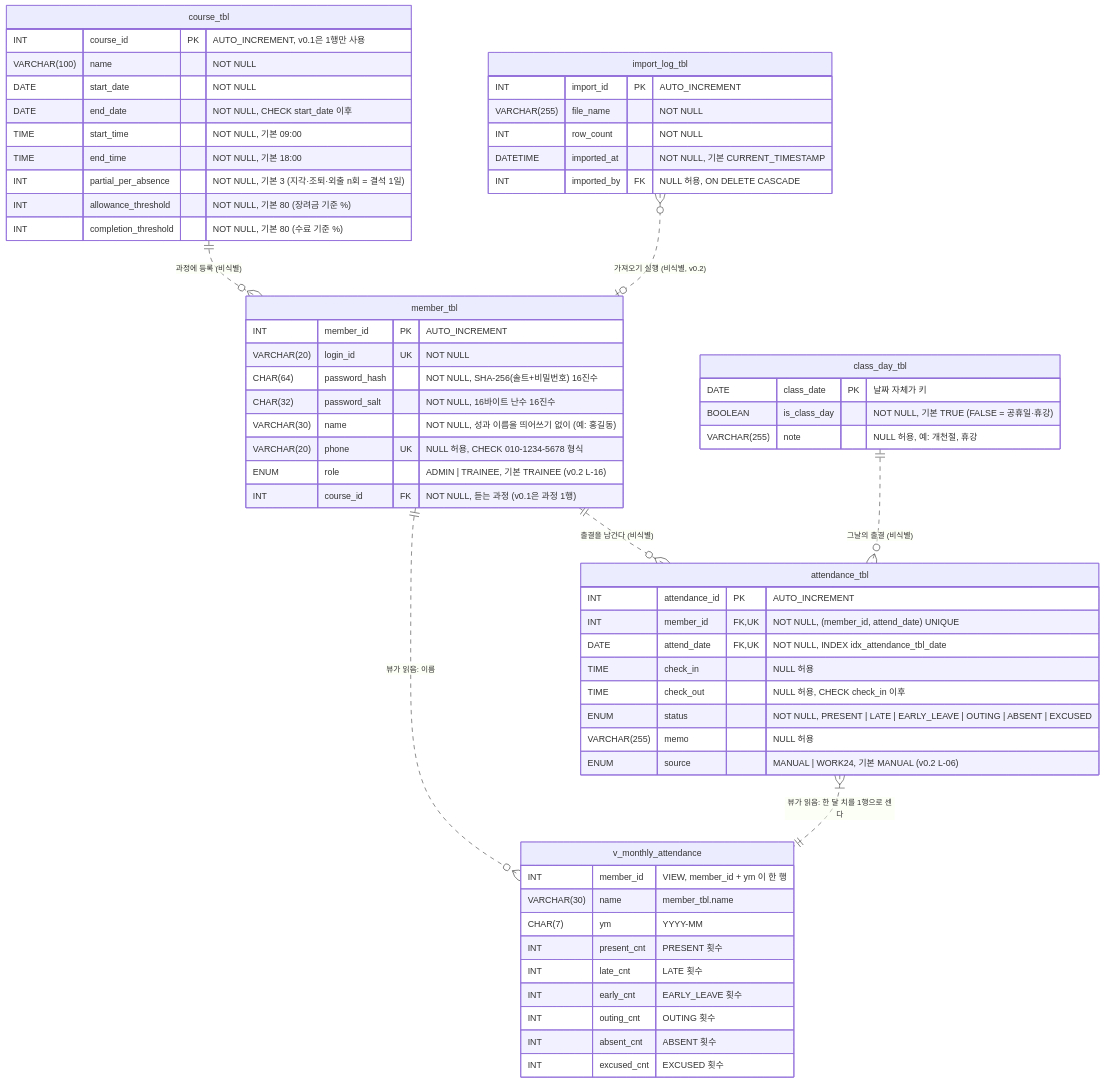
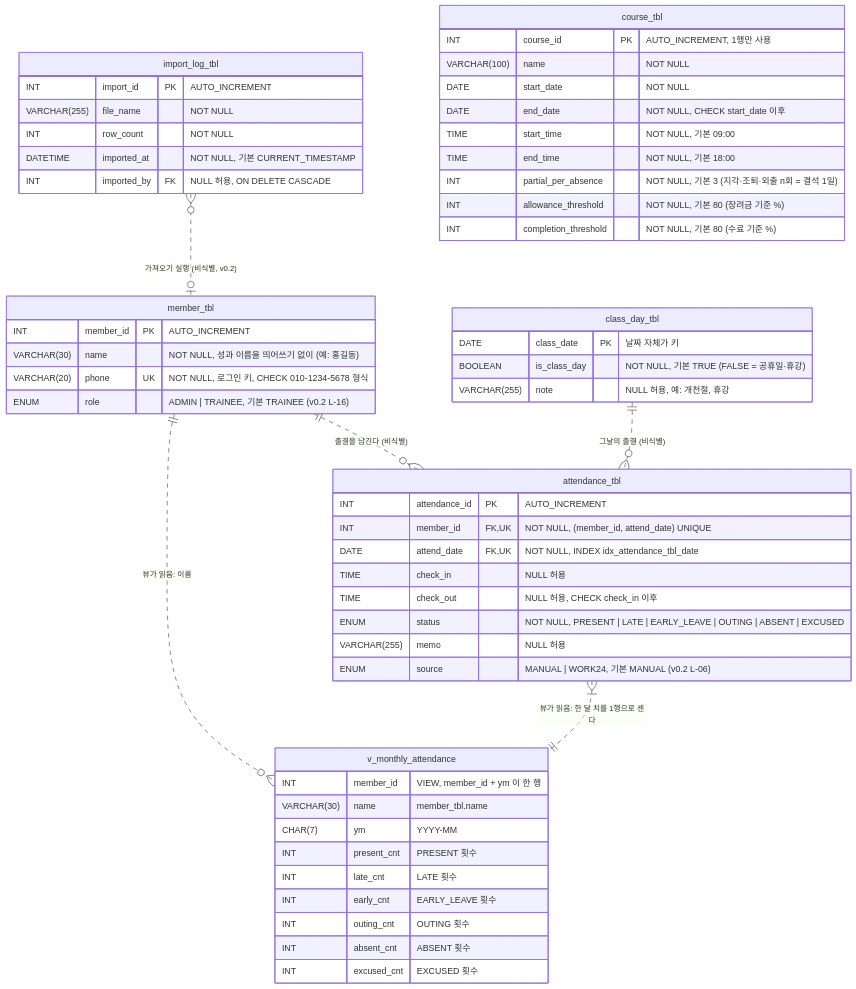
One commit to 20260921-saltlux-llm-agent-service-2nd/3WHY_java-latecatcher changed the first of 3 diagrams in docs/erd.md. Above: the diagram before and after it, drawn with Mermaid. The commit also changed other lines of this file and 4 other files, not shown here.

First line of the commit message:
docs: [문서] ERD 회의 결정과 요구사항 명세 확정 반영

````diff
--- a/docs/erd.md
+++ b/docs/erd.md
@@ -34,74 +26,69 @@
 ```mermaid
 ---
 config:
   er:
     layoutDirection: LR
 ---
 erDiagram
     import_log_tbl }o..o| member_tbl     : "가져오기 실행 (비식별, v0.2)"
-    course_tbl     ||..o{ member_tbl     : "과정에 등록 (비식별)"
     member_tbl     ||..o{ attendance_tbl : "출결을 남긴다 (비식별)"
     class_day_tbl  ||..o{ attendance_tbl : "그날의 출결 (비식별)"
     attendance_tbl }|..|| v_monthly_attendance : "뷰가 읽음: 한 달 치를 1행으로 센다"
     member_tbl     ||..o{ v_monthly_attendance : "뷰가 읽음: 이름"
 
     member_tbl {
-        INT         member_id     PK "AUTO_INCREMENT"
-        VARCHAR(20) login_id      UK "NOT NULL"
-        CHAR(64)    password_hash    "NOT NULL, SHA-256(솔트+비밀번호) 16진수"
-        CHAR(32)    password_salt    "NOT NULL, 16바이트 난수 16진수"
-        VARCHAR(30) name             "NOT NULL, 성과 이름을 띄어쓰기 없이 (예: 홍길동)"
-        VARCHAR(20) phone         UK "NULL 허용, CHECK 010-1234-5678 형식"
-        ENUM        role             "ADMIN | TRAINEE, 기본 TRAINEE (v0.2 L-16)"
-        INT         course_id     FK "NOT NULL, 듣는 과정 (v0.1은 과정 1행)"
+        INT         member_id PK "AUTO_INCREMENT"
+        VARCHAR(30) name         "NOT NULL, 성과 이름을 띄어쓰기 없이 (예: 홍길동)"
+        VARCHAR(20) phone     UK "NOT NULL, 로그인 키, CHECK 010-1234-5678 형식"
+        ENUM        role         "ADMIN | TRAINEE, 기본 TRAINEE (v0.2 L-16)"
     }
 
     course_tbl {
-        INT          course_id            PK "AUTO_INCREMENT, v0.1은 1행만 사용"
+        INT          course_id            PK "AUTO_INCREMENT, 1행만 사용"
         VARCHAR(100) name                    "NOT NULL"
         DATE         start_date              "NOT NULL"
         DATE         end_date                "NOT NULL, CHECK start_date 이후"
         TIME         start_time              "NOT NULL, 기본 09:00"
         TIME         end_time                "NOT NULL, 기본 18:00"
         INT          partial_per_absence     "NOT NULL, 기본 3 (지각·조퇴·외출 n회 = 결석 1일)"
         INT          allowance_threshold     "NOT NULL, 기본 80 (장려금 기준 %)"
         INT          completion_threshold    "NOT NULL, 기본 80 (수료 기준 %)"
     }
 
     class_day_tbl {
         DATE         class_date   PK "날짜 자체가 키"
         BOOLEAN      is_class_day    "NOT NULL, 기본 TRUE (FALSE = 공휴일·휴강)"
         VARCHAR(255) note            "NULL 허용, 예: 개천절, 휴강"
     }
 
     attendance_tbl {
         INT          attendance_id PK     "AUTO_INCREMENT"
         INT          member_id     FK, UK "NOT NULL, (member_id, attend_date) UNIQUE"
         DATE         attend_date   FK, UK "NOT NULL, INDEX idx_attendance_tbl_date"
         TIME         check_in             "NULL 허용"
         TIME         check_out            "NULL 허용, CHECK check_in 이후"
         ENUM         status               "NOT NULL, PRESENT | LATE | EARLY_LEAVE | OUTING | ABSENT | EXCUSED"
         VARCHAR(255) memo                 "NULL 허용"
         ENUM         source               "MANUAL | WORK24, 기본 MANUAL (v0.2 L-06)"
     }
 
     import_log_tbl {
         INT          import_id   PK "AUTO_INCREMENT"
         VARCHAR(255) file_name      "NOT NULL"
         INT          row_count      "NOT NULL"
         DATETIME     imported_at    "NOT NULL, 기본 CURRENT_TIMESTAMP"
         INT          imported_by FK "NULL 허용, ON DELETE CASCADE"
     }
 
     v_monthly_attendance {
         INT         member_id   "VIEW, member_id + ym 이 한 행"
         VARCHAR(30) name        "member_tbl.name"
         CHAR(7)     ym          "YYYY-MM"
         INT         present_cnt "PRESENT 횟수"
         INT         late_cnt    "LATE 횟수"
         INT         early_cnt   "EARLY_LEAVE 횟수"
         INT         outing_cnt  "OUTING 횟수"
         INT         absent_cnt  "ABSENT 횟수"
         INT         excused_cnt "EXCUSED 횟수"
     }
 ```
````
